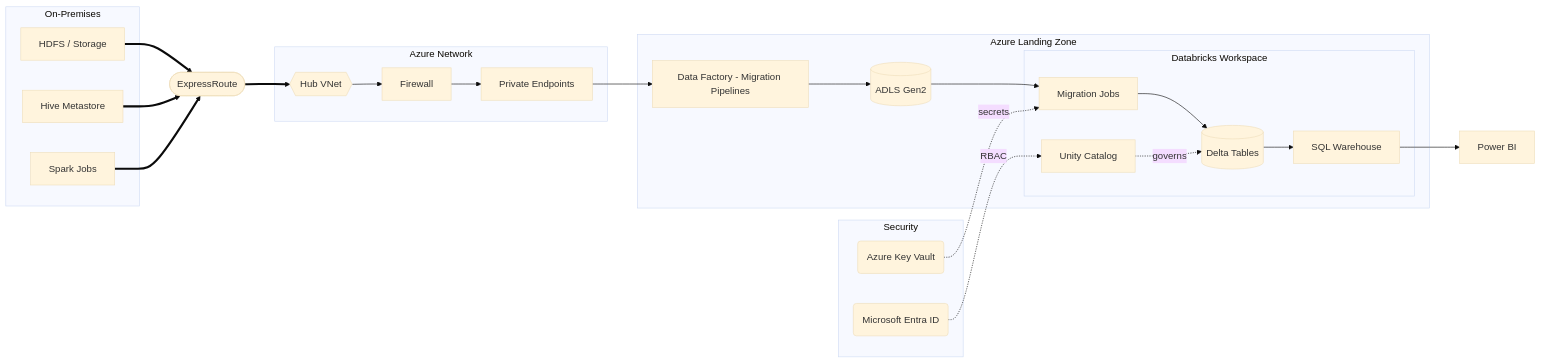
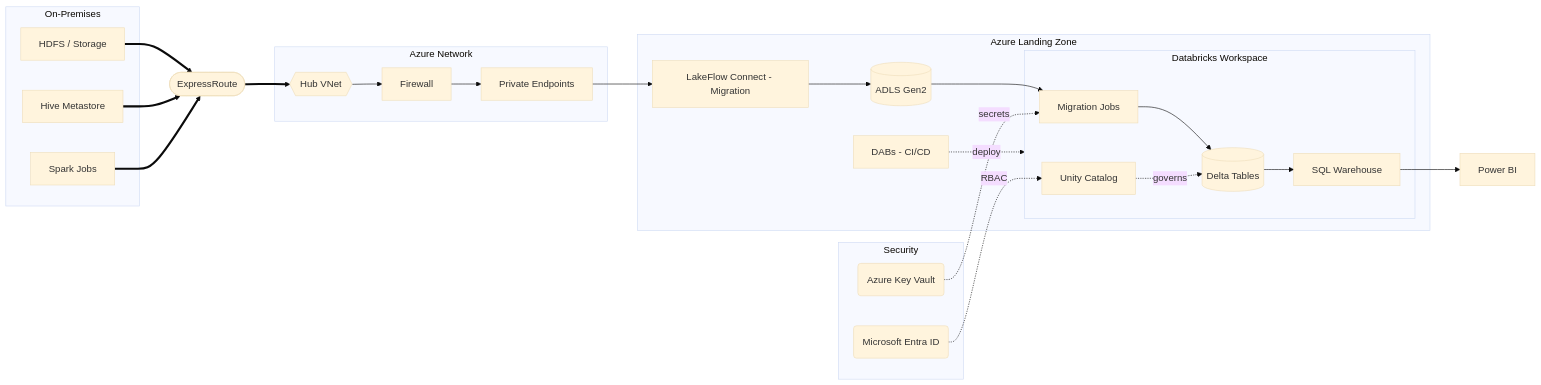
One commit to HaoZhang615/ads-copilot changed the fifth of 9 diagrams in .github/skills/databricks-ads-session/databricks-ads-session/references/databricks-patterns.md. Above: the diagram before and after it, drawn with Mermaid (base theme). The commit also changed other lines of this file and 23 other files, not shown here.

Commit message:
flow improvement and updates after extensive web search effort and reasoning

````diff
--- a/.github/skills/databricks-ads-session/databricks-ads-session/references/databricks-patterns.md
+++ b/.github/skills/databricks-ads-session/databricks-ads-session/references/databricks-patterns.md
@@ -275,42 +287,44 @@
 ```mermaid
 flowchart LR
   subgraph ONP["On-Premises"]
     HDFS[HDFS / Storage]
     HIVE[Hive Metastore]
     SPARK[Spark Jobs]
   end
 
   ER([ExpressRoute])
 
   subgraph AZNET["Azure Network"]
     VNET{{Hub VNet}}
     FW[Firewall]
     PE[Private Endpoints]
   end
 
   subgraph AZ["Azure Landing Zone"]
-    ADF[Data Factory - Migration Pipelines]
+    LFC[LakeFlow Connect - Migration]
     ADLS[(ADLS Gen2)]
 
     subgraph DBX["Databricks Workspace"]
       INGEST[Migration Jobs]
       UC[Unity Catalog]
       DELTA[(Delta Tables)]
       SQLWH[SQL Warehouse]
     end
+    DABS[DABs - CI/CD]
   end
 
   subgraph SEC["Security"]
     KV(Azure Key Vault)
     ENTRA(Microsoft Entra ID)
   end
 
   BI[Power BI]
 
   HDFS & HIVE & SPARK ==> ER ==> VNET
   VNET --> FW --> PE
-  PE --> ADF --> ADLS --> INGEST --> DELTA --> SQLWH --> BI
+  PE --> LFC --> ADLS --> INGEST --> DELTA --> SQLWH --> BI
   UC -.->|governs| DELTA
   KV -.->|secrets| INGEST
   ENTRA -.->|RBAC| UC
+  DABS -.->|deploy| DBX
 ```
````
